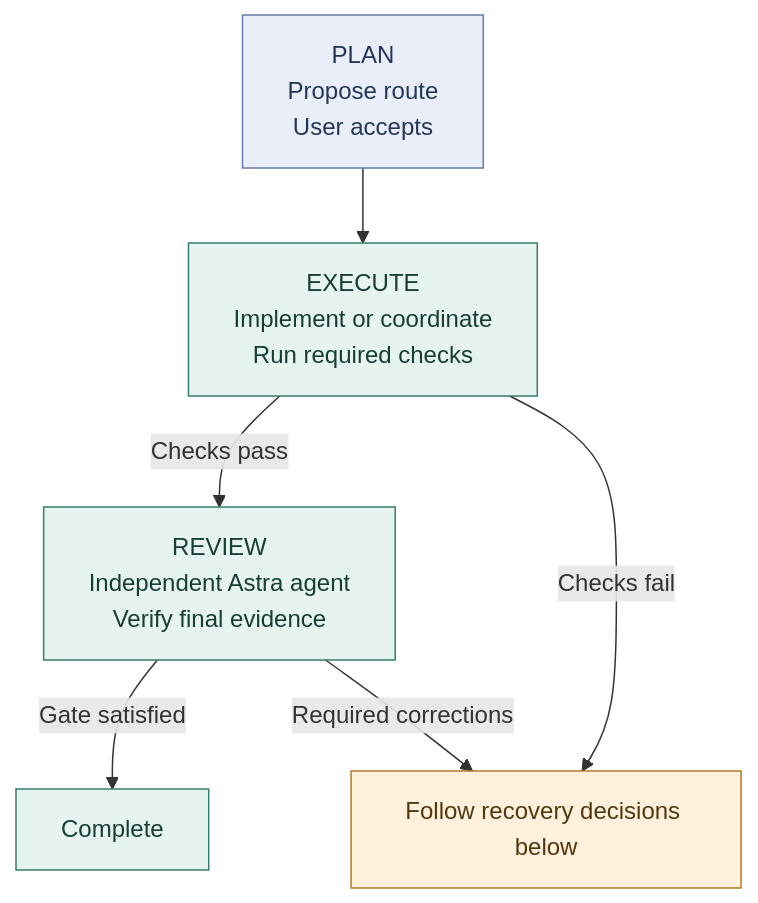
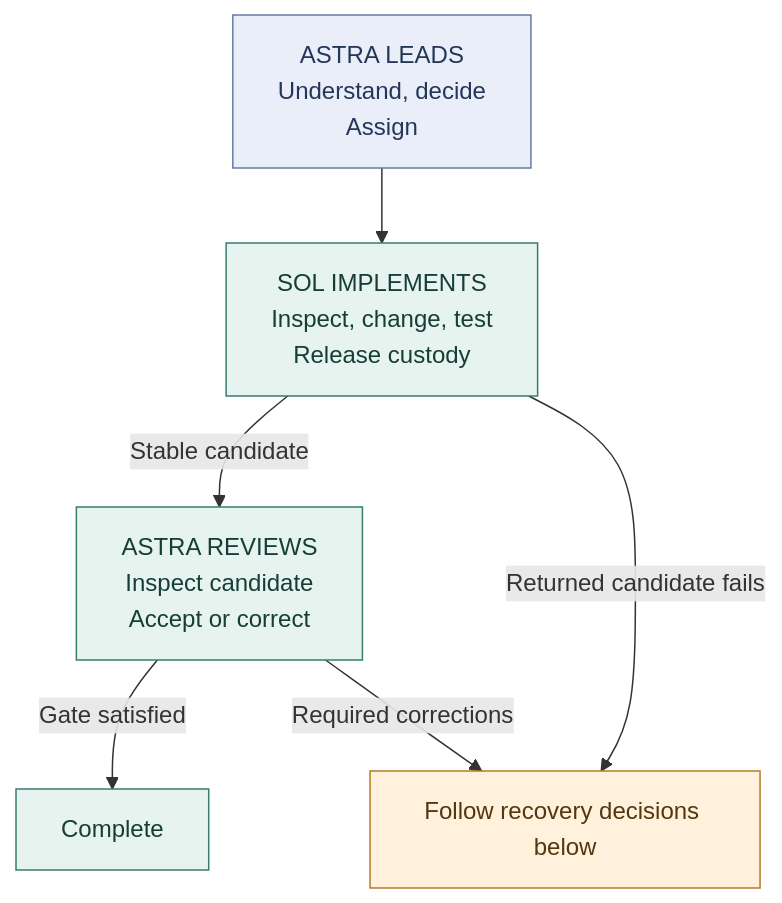
Before and after one commit to stevennitesh/programming-agent-skills: the first of 2 diagrams in README.md, drawn with Mermaid. The commit also changed other lines of this file and 21 other files, not shown here.

Commit message:
Simplify Astra-Sol workflow and refine agent guidance

````diff
--- a/README.md
+++ b/README.md
@@ -147,14 +155,14 @@
 ```mermaid
 flowchart TB
-    Plan["PLAN<br/>Propose route<br/>User accepts"] --> Work["EXECUTE<br/>Implement or coordinate<br/>Run required checks"]
-    Work -->|Checks pass|Review["REVIEW<br/>Independent Astra agent<br/>Verify final evidence"]
-    Work -->|Checks fail|Recover["Follow recovery decisions below"]
+    Plan["ASTRA LEADS<br/>Understand, decide<br/>Assign"] --> Work["SOL IMPLEMENTS<br/>Inspect, change, test<br/>Release custody"]
+    Work -->|Stable candidate|Review["ASTRA REVIEWS<br/>Inspect candidate<br/>Accept or correct"]
+    Work -->|Returned candidate fails|Recover["Follow recovery decisions below"]
     Review -->|Gate satisfied|Done["Complete"]
     Review -->|Required corrections|Recover
     classDef plan fill:#e9eef9,stroke:#657ca6,color:#243758
     classDef work fill:#e6f3ef,stroke:#377d70,color:#163e36
     classDef recovery fill:#fff1dc,stroke:#b77a28,color:#53370f
     class Plan plan
     class Work,Review,Done work
     class Recover recovery
 ```
````
